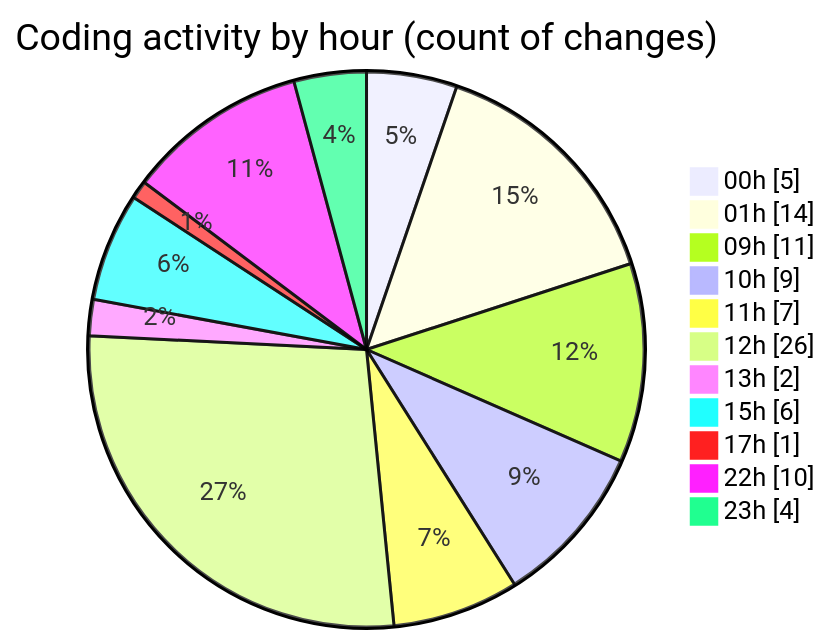
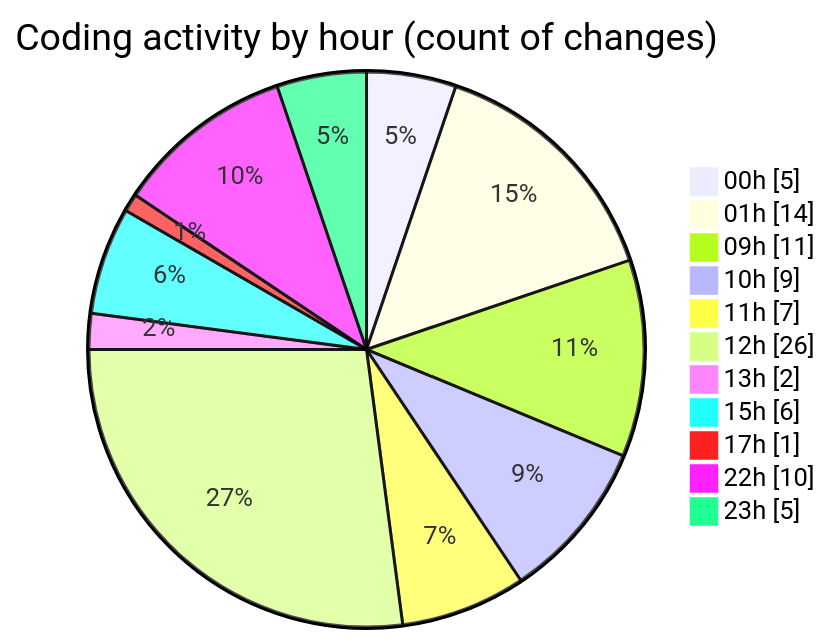
The second of 2 diagrams in 2025-11-26/eventscop-frontend-guide__workspace_/README.md (julien-gomy/code-tracking), drawn with Mermaid before and after one commit. The commit also changed other lines of this file and 1 other file, not shown here.

````diff
--- a/2025-11-26/eventscop-frontend-guide__workspace_/README.md
+++ b/2025-11-26/eventscop-frontend-guide__workspace_/README.md
@@ -51,15 +51,15 @@
 ```mermaid
 pie showData
 title Coding activity by hour (count of changes)
 "00h" : 5
 "01h" : 14
 "09h" : 11
 "10h" : 9
 "11h" : 7
 "12h" : 26
 "13h" : 2
 "15h" : 6
 "17h" : 1
 "22h" : 10
-"23h" : 4
+"23h" : 5
 ```
````
